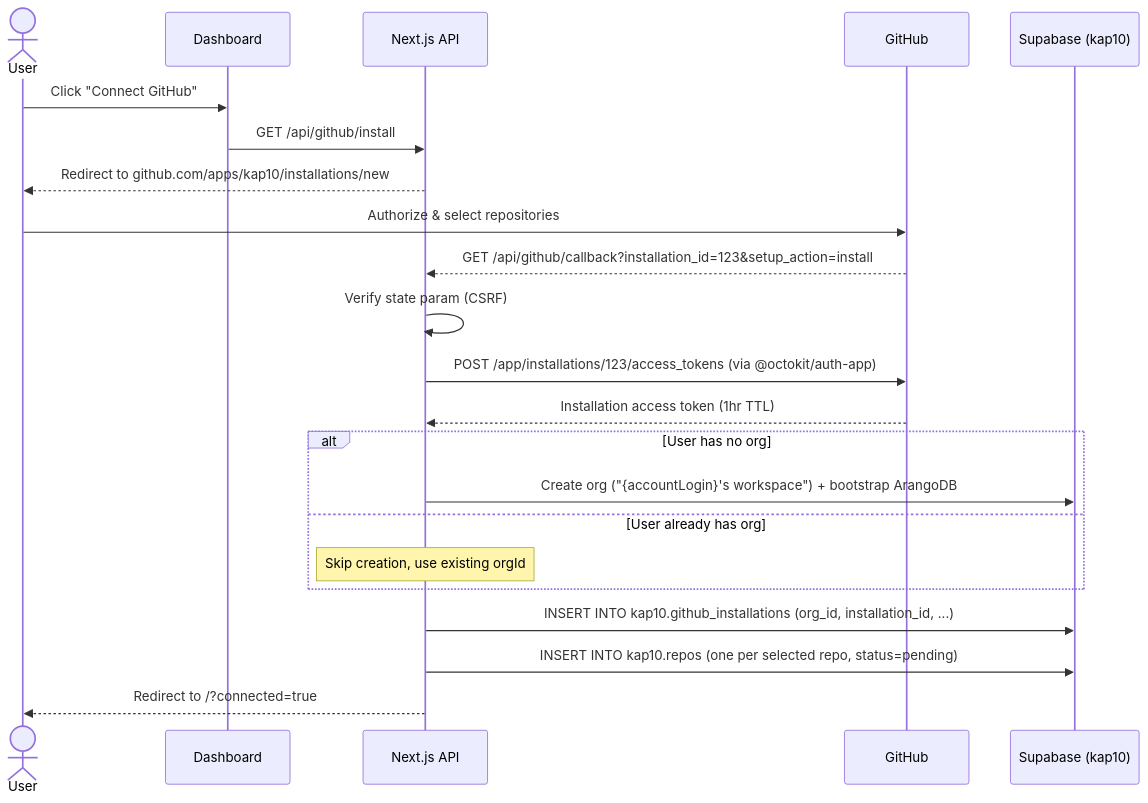
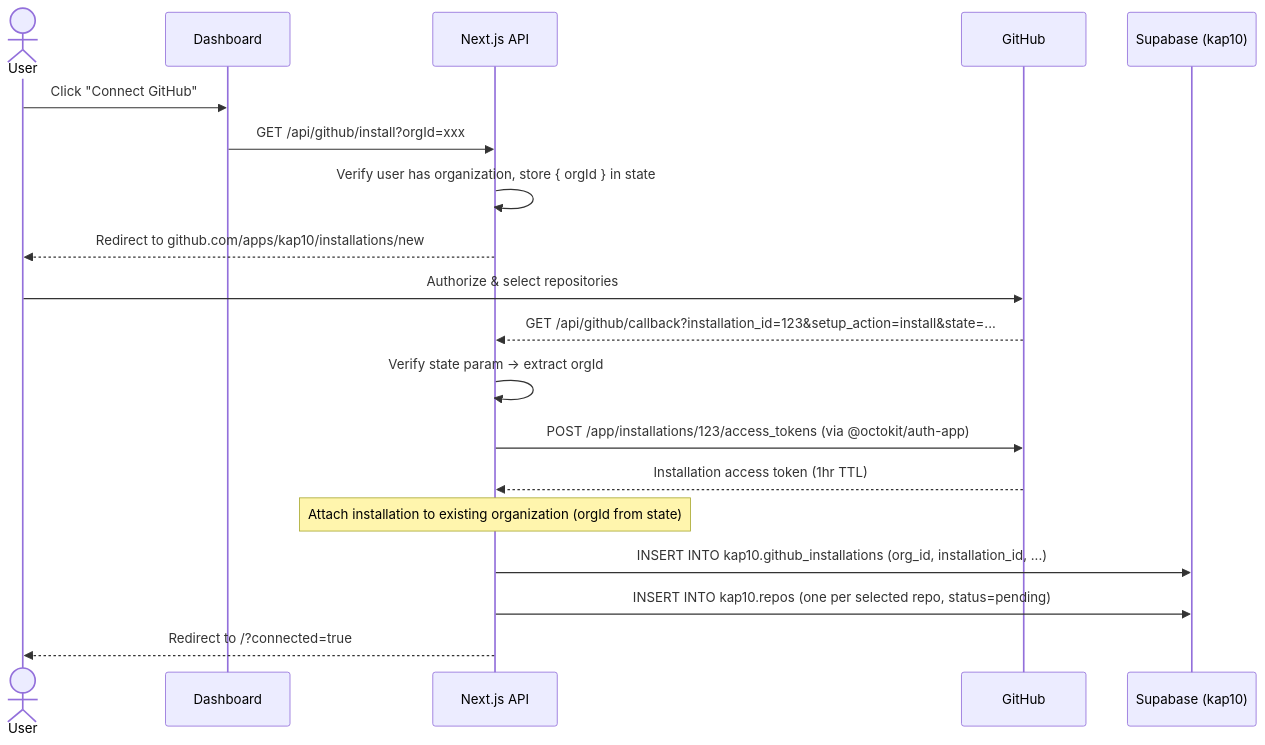
Before and after one commit to AutoRail-AI/kap10-server: the first of 5 diagrams in docs/architecture/PHASE_1_GITHUB_CONNECT_AND_INDEXING.md, drawn with Mermaid. The commit also changed other lines of this file and 28 other files, not shown here.

Commit message:
fixed organization and workspace functionalities

````diff
--- a/docs/architecture/PHASE_1_GITHUB_CONNECT_AND_INDEXING.md
+++ b/docs/architecture/PHASE_1_GITHUB_CONNECT_AND_INDEXING.md
@@ -54,25 +67,22 @@
 ```mermaid
 sequenceDiagram
     actor User
     participant Dashboard
     participant NextAPI as Next.js API
     participant GitHub
     participant Supabase as Supabase (kap10)
 
     User->>Dashboard: Click "Connect GitHub"
-    Dashboard->>NextAPI: GET /api/github/install
+    Dashboard->>NextAPI: GET /api/github/install?orgId=xxx
+    NextAPI->>NextAPI: Verify user has organization, store { orgId } in state
     NextAPI-->>User: Redirect to github.com/apps/kap10/installations/new
     User->>GitHub: Authorize & select repositories
-    GitHub-->>NextAPI: GET /api/github/callback?installation_id=123&setup_action=install
-    NextAPI->>NextAPI: Verify state param (CSRF)
+    GitHub-->>NextAPI: GET /api/github/callback?installation_id=123&setup_action=install&state=...
+    NextAPI->>NextAPI: Verify state param → extract orgId
     NextAPI->>GitHub: POST /app/installations/123/access_tokens (via @octokit/auth-app)
     GitHub-->>NextAPI: Installation access token (1hr TTL)
-    alt User has no org
-        NextAPI->>Supabase: Create org ("{accountLogin}'s workspace") + bootstrap ArangoDB
-    else User already has org
-        Note over NextAPI: Skip creation, use existing orgId
-    end
+    Note over NextAPI: Attach installation to existing organization (orgId from state)
     NextAPI->>Supabase: INSERT INTO kap10.github_installations (org_id, installation_id, ...)
     NextAPI->>Supabase: INSERT INTO kap10.repos (one per selected repo, status=pending)
     NextAPI-->>User: Redirect to /?connected=true
 ```
````
